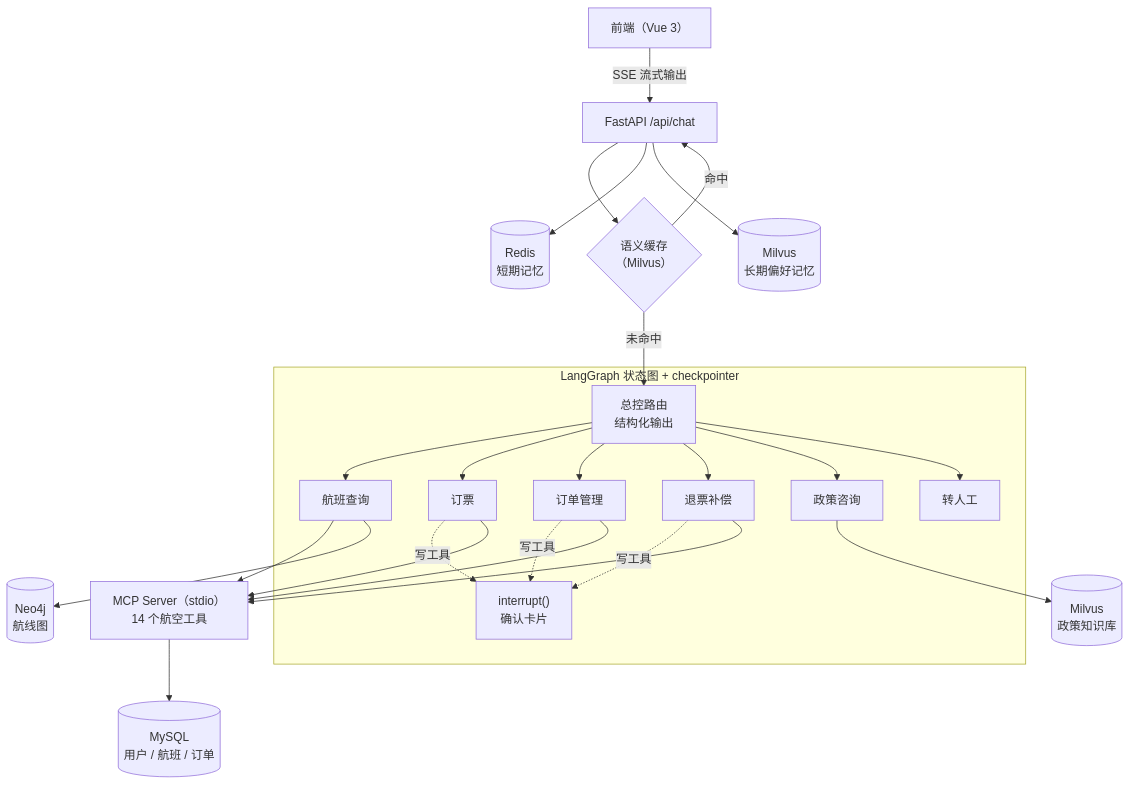
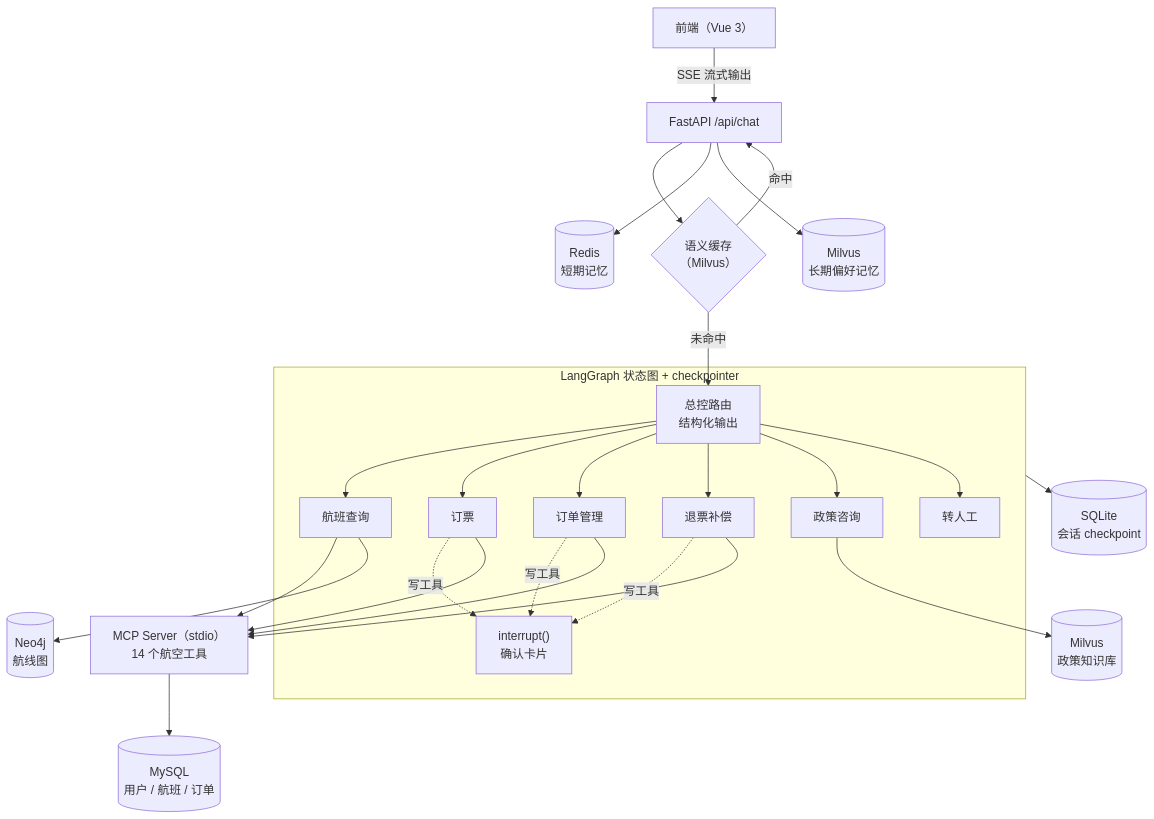
Before and after one commit to qingyg086/wingdesk: the diagram in README.zh-CN.md, drawn with Mermaid. The commit also changed other lines of this file and 12 other files, not shown here.

````diff
--- a/README.zh-CN.md
+++ b/README.zh-CN.md
@@ -38,25 +38,26 @@
 ```mermaid
 flowchart TB
     U["前端（Vue 3）"] -- "SSE 流式输出" --> API["FastAPI /api/chat"]
     API --> SC{"语义缓存<br/>（Milvus）"}
     SC -- "命中" --> API
     SC -- "未命中" --> O
 
     subgraph G["LangGraph 状态图 + checkpointer"]
         O["总控路由<br/>结构化输出"]
         O --> FS["航班查询"]
         O --> BK["订票"]
         O --> RS["订单管理"]
         O --> CR["退票补偿"]
         O --> PO["政策咨询"]
         O --> HH["转人工"]
         BK & RS & CR -. "写工具" .-> HITL["interrupt()<br/>确认卡片"]
     end
 
     FS & BK & RS & CR --> MCP["MCP Server（stdio）<br/>14 个航空工具"]
     MCP --> MY[("MySQL<br/>用户 / 航班 / 订单")]
     FS --> NEO[("Neo4j<br/>航线图")]
     PO --> MVP[("Milvus<br/>政策知识库")]
     API --> RD[("Redis<br/>短期记忆")]
     API --> MVL[("Milvus<br/>长期偏好记忆")]
+    G --> SQ[("SQLite<br/>会话 checkpoint")]
 ```
````
